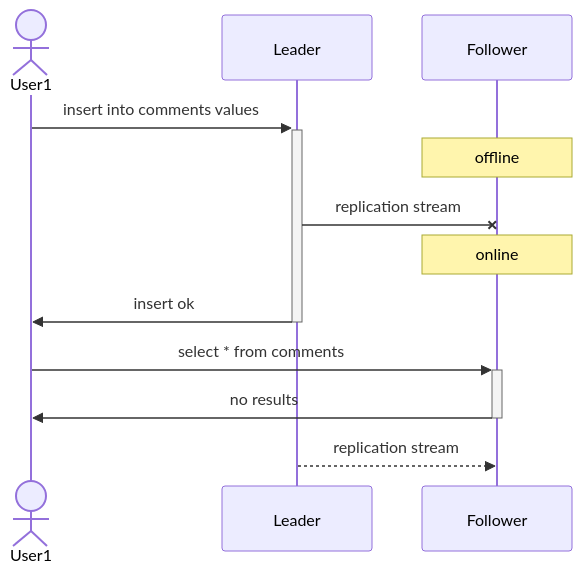
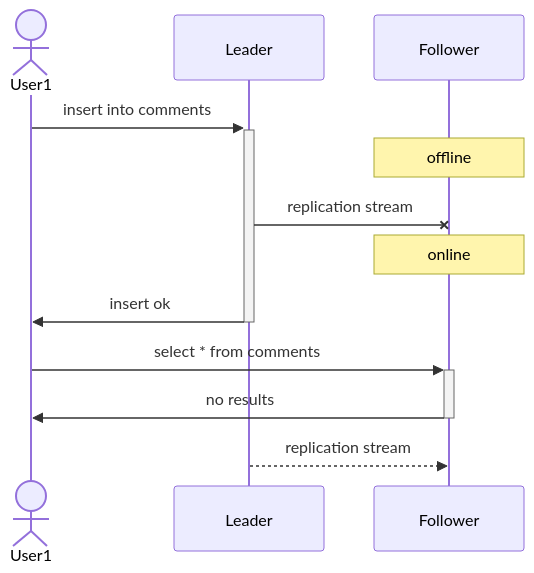
The second of 5 diagrams in designing-data-intensive-applications/part2.md (kyungrae/study), drawn with Mermaid before and after one commit. The commit also changed other lines of this file, not shown here.

````diff
--- a/designing-data-intensive-applications/part2.md
+++ b/designing-data-intensive-applications/part2.md
@@ -131,17 +131,17 @@
 ```mermaid
 sequenceDiagram
   actor User1
   participant Leader
   participant Follower
 
-  User1->>+Leader: insert into comments values
+  User1->>+Leader: insert into comments
   note over Follower: offline
   Leader-xFollower: replication stream
   note over Follower: online
   Leader->>-User1: insert ok
 
   User1->>+Follower: select * from comments
   Follower->>-User1: no results
   
   Leader-->>Follower: replication stream
 ```
````
